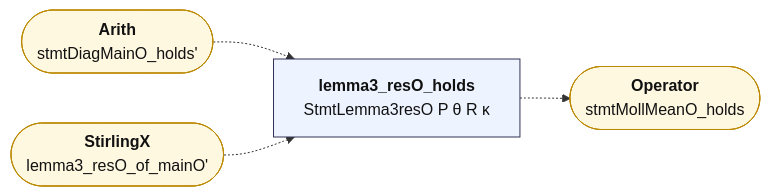
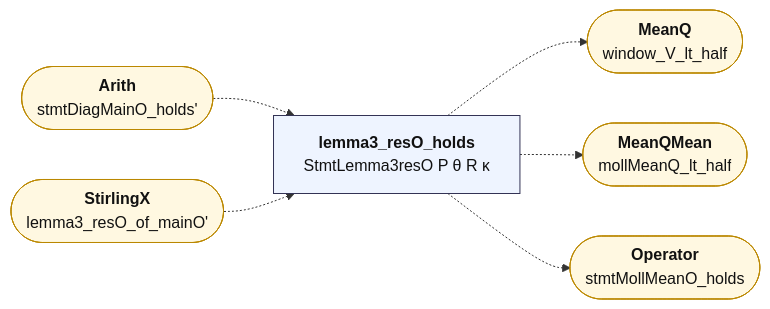
The diagram in map/lean_stage3/Lemma3.md (juliansambranojr/Primebeat_081426), drawn with Mermaid before and after one commit. The commit also changed other lines of this file and 46 other files, not shown here.

````diff
--- a/map/lean_stage3/Lemma3.md
+++ b/map/lean_stage3/Lemma3.md
@@ -14,18 +14,22 @@
 ```mermaid
 flowchart LR
   n0["<b>lemma3_resO_holds</b><br/>StmtLemma3resO P θ R κ"]:::thm
   x0(["<b>Arith</b><br/>stmtDiagMainO_holds'"]):::ext
   x1(["<b>StirlingX</b><br/>lemma3_resO_of_mainO'"]):::ext
-  x2(["<b>Operator</b><br/>stmtMollMeanO_holds"]):::ext
+  x2(["<b>MeanQ</b><br/>window_V_lt_half"]):::ext
+  x3(["<b>MeanQMean</b><br/>mollMeanQ_lt_half"]):::ext
+  x4(["<b>Operator</b><br/>stmtMollMeanO_holds"]):::ext
   n0 -.-> x2
+  n0 -.-> x3
+  n0 -.-> x4
   x0 -.-> n0
   x1 -.-> n0
   classDef cnt fill:#dff5ec,stroke:#17694a,color:#111
   classDef shp fill:#f1ecfb,stroke:#5b3fa0,color:#111
   classDef rh fill:#ffe5e5,stroke:#c22,color:#111,stroke-width:2px
   classDef thm fill:#eef4ff,stroke:#335,color:#111
   classDef end_ fill:#e7f7e7,stroke:#2a7,color:#111,stroke-width:2px
   classDef lone fill:#fff,stroke:#999,color:#111,stroke-dasharray:4 3
   classDef bad fill:#ffe5e5,stroke:#c22,color:#111,stroke-width:2px
   classDef ext fill:#fff8e1,stroke:#b80,color:#111
 ```
````
